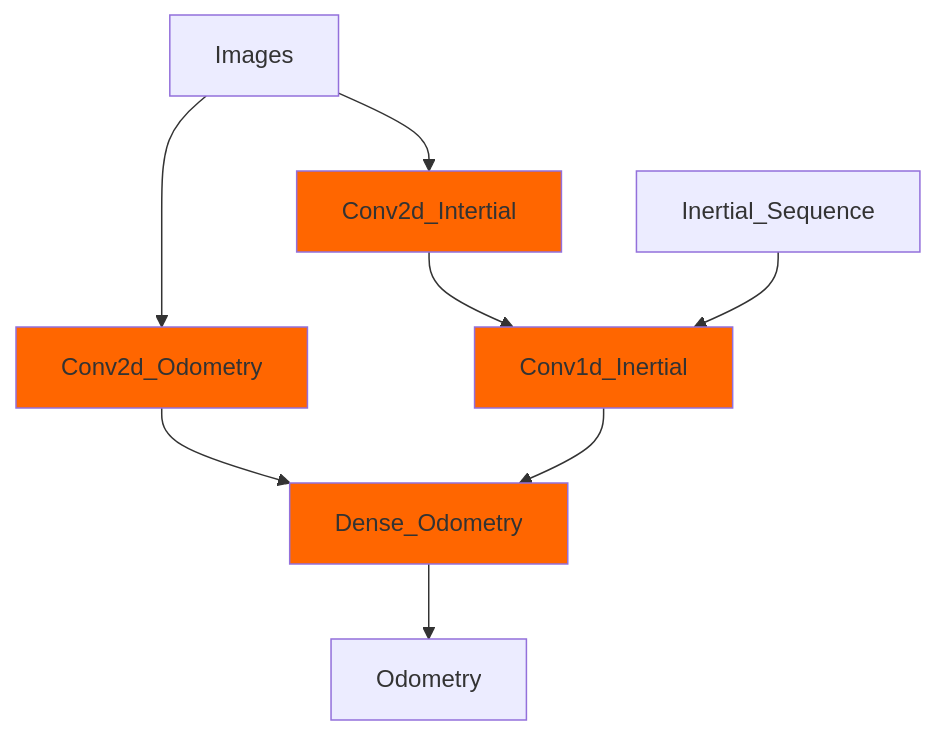
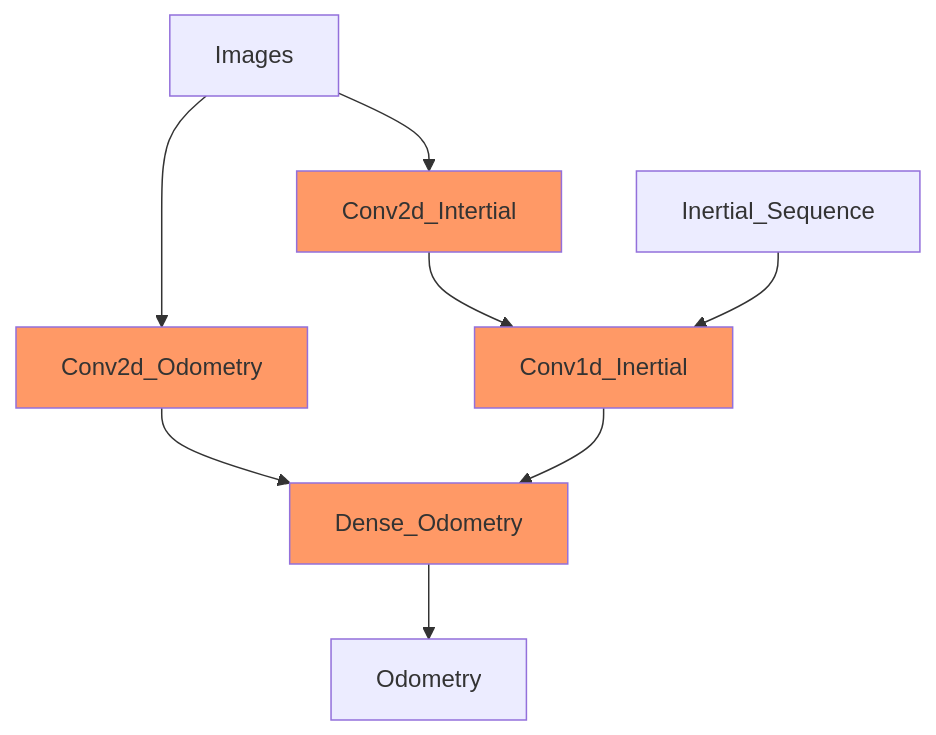
The diagram in README.md (RijadSK/almost-vio), drawn with Mermaid before and after one commit.

Commit message:
minor update README changed color to orange in pipeline graph diagram

````diff
--- a/README.md
+++ b/README.md
@@ -7,15 +7,15 @@
 ```mermaid
 graph TD;
     Images-->Conv2d_Odometry;
     Images-->Conv2d_Intertial;
     Conv2d_Odometry-->Dense_Odometry;
     Conv2d_Intertial-->Conv1d_Inertial;
     Inertial_Sequence-->Conv1d_Inertial;
     Conv1d_Inertial-->Dense_Odometry;
     Dense_Odometry-->Odometry;
 
-    style Conv2d_Odometry fill:#FF6600;
-    style Conv1d_Inertial fill:#FF6600;
-    style Dense_Odometry fill:#FF6600;
-    style Conv2d_Intertial fill:#FF6600;
+    style Conv2d_Odometry fill:#FF9966;
+    style Conv1d_Inertial fill:#FF9966;
+    style Dense_Odometry fill:#FF9966;
+    style Conv2d_Intertial fill:#FF9966;
 ```
````
